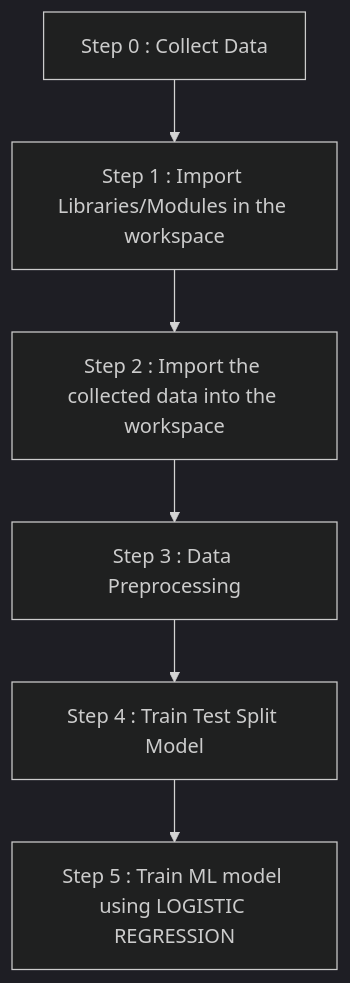
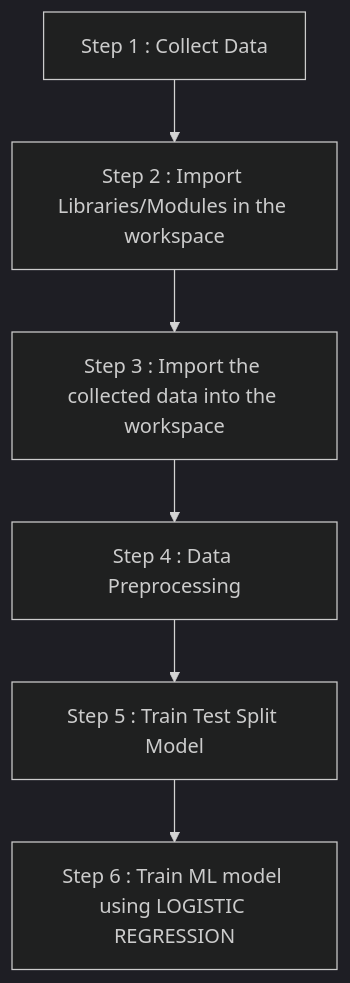
Before and after one commit to dvamsidhar2002/Credit_Card_Transaction_Fraud_Detection: the diagram in README.md, drawn with Mermaid (dark theme).

````diff
--- a/README.md
+++ b/README.md
@@ -6,9 +6,9 @@
 ```mermaid
 flowchart TD
 
-A[Step 0 : Collect Data] --> B[Step 1 : Import Libraries/Modules in the workspace]
-B[Step 1 : Import Libraries/Modules in the workspace] --> C[Step 2 : Import the collected data into the workspace]
-C[Step 2 : Import the collected data into the workspace] --> D[Step 3 : Data Preprocessing]
-D[Step 3 : Data Preprocessing] --> E[Step 4 : Train Test Split Model]
-E[Step 4 : Train Test Split Model] --> F[Step 5 : Train ML model using LOGISTIC REGRESSION]
+A[Step 1 : Collect Data] --> B[Step 2 : Import Libraries/Modules in the workspace]
+B[Step 2 : Import Libraries/Modules in the workspace] --> C[Step 3 : Import the collected data into the workspace]
+C[Step 3 : Import the collected data into the workspace] --> D[Step 4 : Data Preprocessing]
+D[Step 4 : Data Preprocessing] --> E[Step 5 : Train Test Split Model]
+E[Step 5 : Train Test Split Model] --> F[Step 6 : Train ML model using LOGISTIC REGRESSION]
 ```
````
